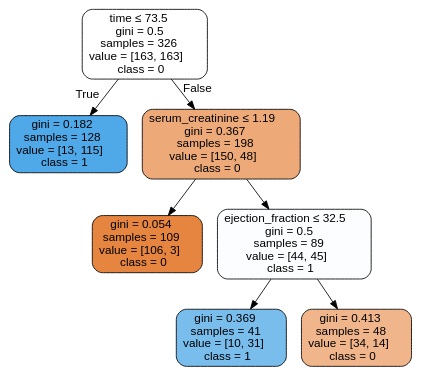
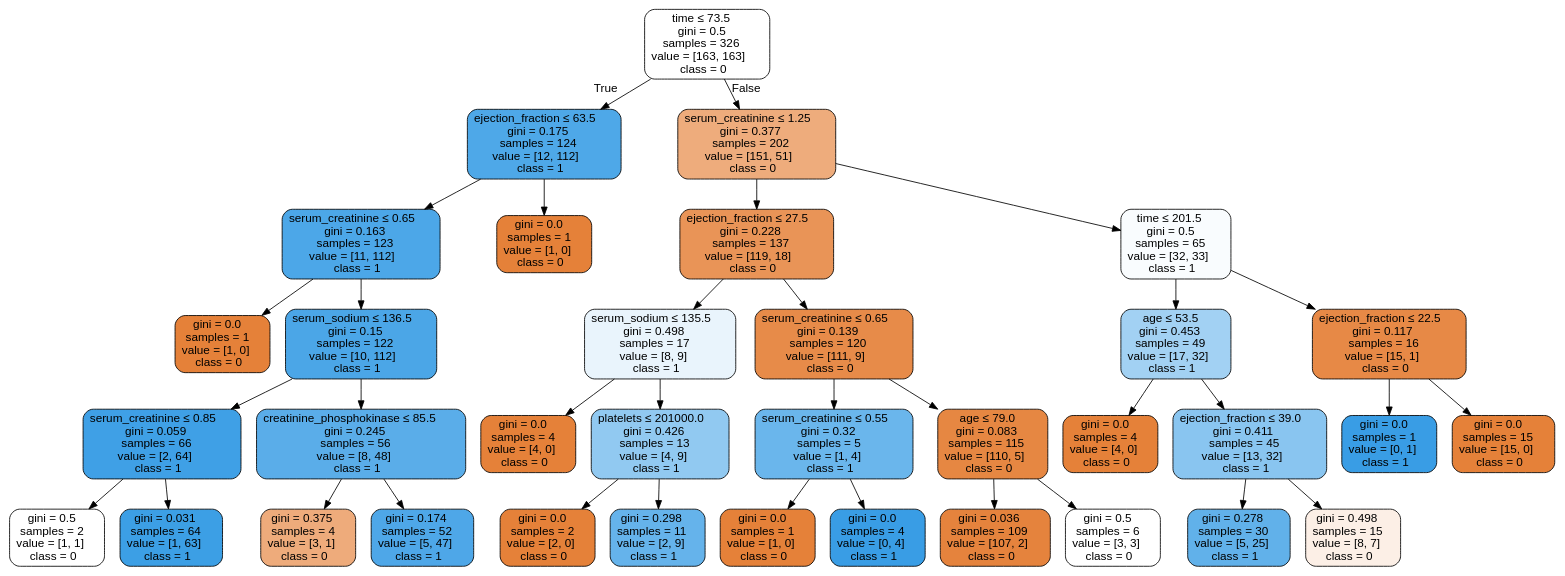
The diagram in Labs/NewClassifiers/Results/DecisionTrees/OverSample/ - No Outliers/HFCR - OverSample - dtree.dot (isabelSoares/CD-2021), drawn with Graphviz before and after one commit. The commit also changed 173 other files, not shown here.

```diff
--- a/Labs/NewClassifiers/Results/DecisionTrees/OverSample/ - No Outliers/HFCR - OverSample - dtree.dot
+++ b/Labs/NewClassifiers/Results/DecisionTrees/OverSample/ - No Outliers/HFCR - OverSample - dtree.dot
@@ -1,17 +1,73 @@
 digraph Tree {
 node [shape=box, style="filled, rounded", color="black", fontname=helvetica] ;
 edge [fontname=helvetica] ;
 0 [label=<time &le; 73.5<br/>gini = 0.5<br/>samples = 326<br/>value = [163, 163]<br/>class = 0>, fillcolor="#ffffff"] ;
-1 [label=<gini = 0.182<br/>samples = 128<br/>value = [13, 115]<br/>class = 1>, fillcolor="#4fa8e8"] ;
+1 [label=<ejection_fraction &le; 63.5<br/>gini = 0.175<br/>samples = 124<br/>value = [12, 112]<br/>class = 1>, fillcolor="#4ea8e8"] ;
 0 -> 1 [labeldistance=2.5, labelangle=45, headlabel="True"] ;
-2 [label=<serum_creatinine &le; 1.19<br/>gini = 0.367<br/>samples = 198<br/>value = [150, 48]<br/>class = 0>, fillcolor="#eda978"] ;
-0 -> 2 [labeldistance=2.5, labelangle=-45, headlabel="False"] ;
-3 [label=<gini = 0.054<br/>samples = 109<br/>value = [106, 3]<br/>class = 0>, fillcolor="#e6853f"] ;
+2 [label=<serum_creatinine &le; 0.65<br/>gini = 0.163<br/>samples = 123<br/>value = [11, 112]<br/>class = 1>, fillcolor="#4ca7e8"] ;
+1 -> 2 ;
+3 [label=<gini = 0.0<br/>samples = 1<br/>value = [1, 0]<br/>class = 0>, fillcolor="#e58139"] ;
 2 -> 3 ;
-4 [label=<ejection_fraction &le; 32.5<br/>gini = 0.5<br/>samples = 89<br/>value = [44, 45]<br/>class = 1>, fillcolor="#fbfdfe"] ;
+4 [label=<serum_sodium &le; 136.5<br/>gini = 0.15<br/>samples = 122<br/>value = [10, 112]<br/>class = 1>, fillcolor="#4ba6e7"] ;
 2 -> 4 ;
-5 [label=<gini = 0.369<br/>samples = 41<br/>value = [10, 31]<br/>class = 1>, fillcolor="#79bded"] ;
+5 [label=<serum_creatinine &le; 0.85<br/>gini = 0.059<br/>samples = 66<br/>value = [2, 64]<br/>class = 1>, fillcolor="#3fa0e6"] ;
 4 -> 5 ;
-6 [label=<gini = 0.413<br/>samples = 48<br/>value = [34, 14]<br/>class = 0>, fillcolor="#f0b58b"] ;
-4 -> 6 ;
+6 [label=<gini = 0.5<br/>samples = 2<br/>value = [1, 1]<br/>class = 0>, fillcolor="#ffffff"] ;
+5 -> 6 ;
+7 [label=<gini = 0.031<br/>samples = 64<br/>value = [1, 63]<br/>class = 1>, fillcolor="#3c9fe5"] ;
+5 -> 7 ;
+8 [label=<creatinine_phosphokinase &le; 85.5<br/>gini = 0.245<br/>samples = 56<br/>value = [8, 48]<br/>class = 1>, fillcolor="#5aade9"] ;
+4 -> 8 ;
+9 [label=<gini = 0.375<br/>samples = 4<br/>value = [3, 1]<br/>class = 0>, fillcolor="#eeab7b"] ;
+8 -> 9 ;
+10 [label=<gini = 0.174<br/>samples = 52<br/>value = [5, 47]<br/>class = 1>, fillcolor="#4ea7e8"] ;
+8 -> 10 ;
+11 [label=<gini = 0.0<br/>samples = 1<br/>value = [1, 0]<br/>class = 0>, fillcolor="#e58139"] ;
+1 -> 11 ;
+12 [label=<serum_creatinine &le; 1.25<br/>gini = 0.377<br/>samples = 202<br/>value = [151, 51]<br/>class = 0>, fillcolor="#eeac7c"] ;
+0 -> 12 [labeldistance=2.5, labelangle=-45, headlabel="False"] ;
+13 [label=<ejection_fraction &le; 27.5<br/>gini = 0.228<br/>samples = 137<br/>value = [119, 18]<br/>class = 0>, fillcolor="#e99457"] ;
+12 -> 13 ;
+14 [label=<serum_sodium &le; 135.5<br/>gini = 0.498<br/>samples = 17<br/>value = [8, 9]<br/>class = 1>, fillcolor="#e9f4fc"] ;
+13 -> 14 ;
+15 [label=<gini = 0.0<br/>samples = 4<br/>value = [4, 0]<br/>class = 0>, fillcolor="#e58139"] ;
+14 -> 15 ;
+16 [label=<platelets &le; 201000.0<br/>gini = 0.426<br/>samples = 13<br/>value = [4, 9]<br/>class = 1>, fillcolor="#91c9f1"] ;
+14 -> 16 ;
+17 [label=<gini = 0.0<br/>samples = 2<br/>value = [2, 0]<br/>class = 0>, fillcolor="#e58139"] ;
+16 -> 17 ;
+18 [label=<gini = 0.298<br/>samples = 11<br/>value = [2, 9]<br/>class = 1>, fillcolor="#65b3eb"] ;
+16 -> 18 ;
+19 [label=<serum_creatinine &le; 0.65<br/>gini = 0.139<br/>samples = 120<br/>value = [111, 9]<br/>class = 0>, fillcolor="#e78b49"] ;
+13 -> 19 ;
+20 [label=<serum_creatinine &le; 0.55<br/>gini = 0.32<br/>samples = 5<br/>value = [1, 4]<br/>class = 1>, fillcolor="#6ab6ec"] ;
+19 -> 20 ;
+21 [label=<gini = 0.0<br/>samples = 1<br/>value = [1, 0]<br/>class = 0>, fillcolor="#e58139"] ;
+20 -> 21 ;
+22 [label=<gini = 0.0<br/>samples = 4<br/>value = [0, 4]<br/>class = 1>, fillcolor="#399de5"] ;
+20 -> 22 ;
+23 [label=<age &le; 79.0<br/>gini = 0.083<br/>samples = 115<br/>value = [110, 5]<br/>class = 0>, fillcolor="#e68742"] ;
+19 -> 23 ;
+24 [label=<gini = 0.036<br/>samples = 109<br/>value = [107, 2]<br/>class = 0>, fillcolor="#e5833d"] ;
+23 -> 24 ;
+25 [label=<gini = 0.5<br/>samples = 6<br/>value = [3, 3]<br/>class = 0>, fillcolor="#ffffff"] ;
+23 -> 25 ;
+26 [label=<time &le; 201.5<br/>gini = 0.5<br/>samples = 65<br/>value = [32, 33]<br/>class = 1>, fillcolor="#f9fcfe"] ;
+12 -> 26 ;
+27 [label=<age &le; 53.5<br/>gini = 0.453<br/>samples = 49<br/>value = [17, 32]<br/>class = 1>, fillcolor="#a2d1f3"] ;
+26 -> 27 ;
+28 [label=<gini = 0.0<br/>samples = 4<br/>value = [4, 0]<br/>class = 0>, fillcolor="#e58139"] ;
+27 -> 28 ;
+29 [label=<ejection_fraction &le; 39.0<br/>gini = 0.411<br/>samples = 45<br/>value = [13, 32]<br/>class = 1>, fillcolor="#89c5f0"] ;
+27 -> 29 ;
+30 [label=<gini = 0.278<br/>samples = 30<br/>value = [5, 25]<br/>class = 1>, fillcolor="#61b1ea"] ;
+29 -> 30 ;
+31 [label=<gini = 0.498<br/>samples = 15<br/>value = [8, 7]<br/>class = 0>, fillcolor="#fcefe6"] ;
+29 -> 31 ;
+32 [label=<ejection_fraction &le; 22.5<br/>gini = 0.117<br/>samples = 16<br/>value = [15, 1]<br/>class = 0>, fillcolor="#e78946"] ;
+26 -> 32 ;
+33 [label=<gini = 0.0<br/>samples = 1<br/>value = [0, 1]<br/>class = 1>, fillcolor="#399de5"] ;
+32 -> 33 ;
+34 [label=<gini = 0.0<br/>samples = 15<br/>value = [15, 0]<br/>class = 0>, fillcolor="#e58139"] ;
+32 -> 34 ;
 }
```
